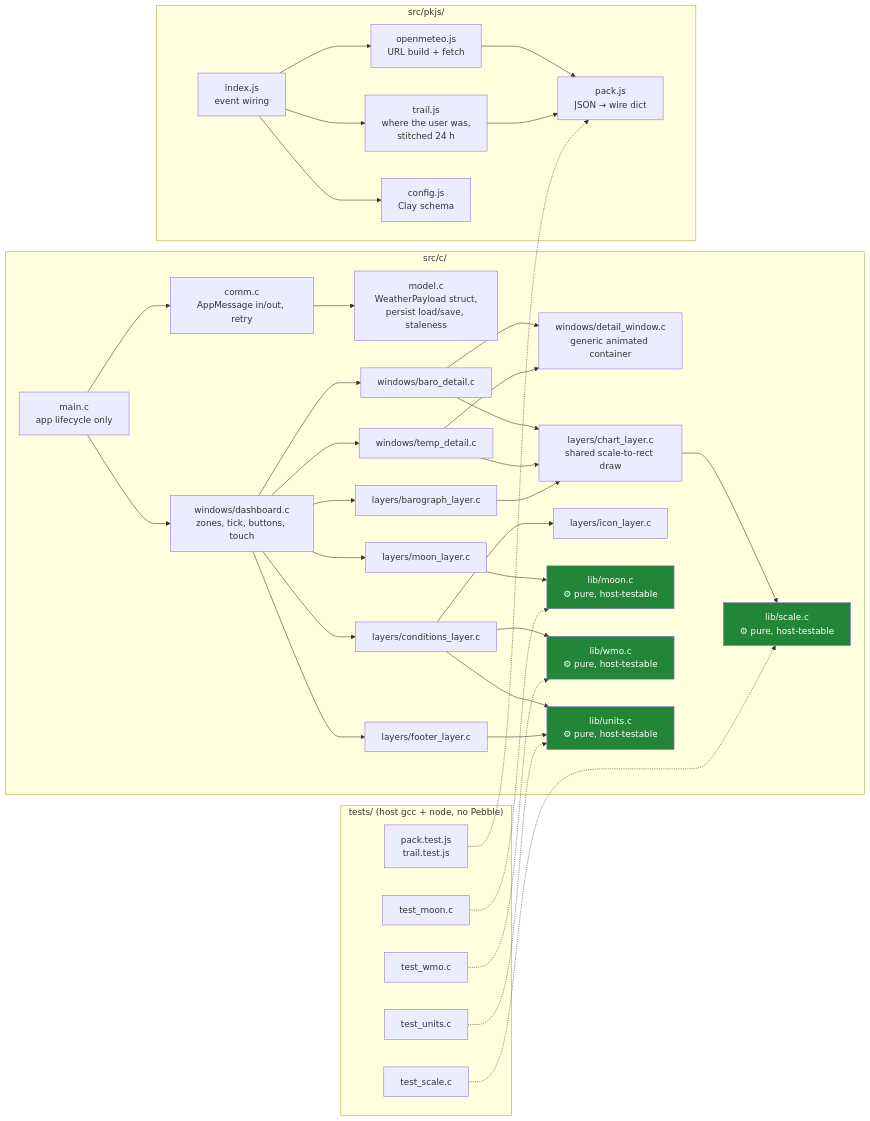
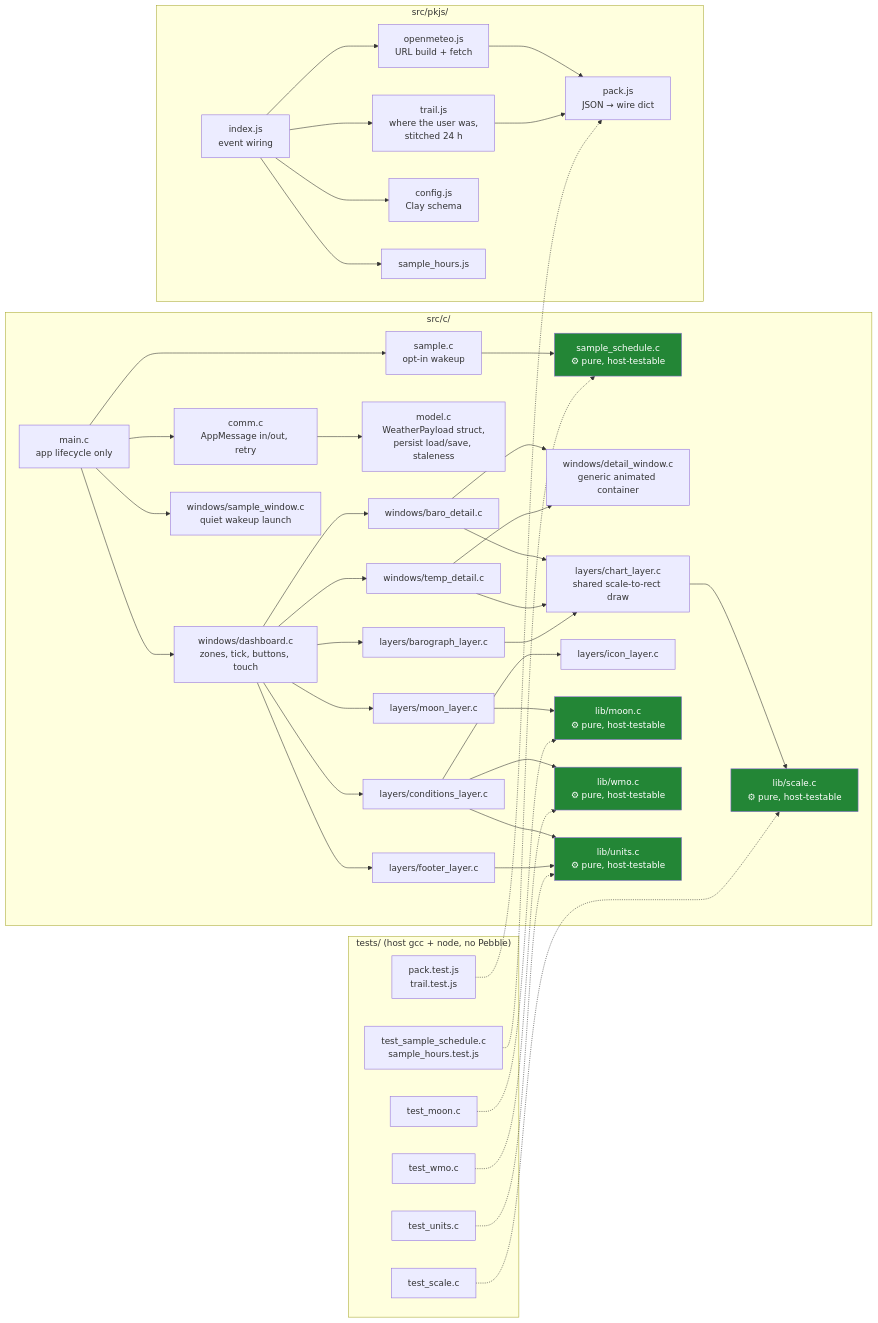
The third of 6 diagrams in PLAN.md (iconoptic/Pebble-Aethercast), drawn with Mermaid before and after one commit. The commit also changed other lines of this file and 27 other files, not shown here.

First line of the commit message:
Record an opt-in location sample from a wakeup launch.

````diff
--- a/PLAN.md
+++ b/PLAN.md
@@ -170,63 +173,73 @@
 ```mermaid
 graph LR
     subgraph src_c["src/c/"]
         MAIN["main.c<br/>app lifecycle only"]
+        SAMPLE["sample.c<br/>opt-in wakeup"]
+        SCHED["sample_schedule.c<br/>⚙ pure, host-testable"]
         COMM["comm.c<br/>AppMessage in/out, retry"]
         MODEL["model.c<br/>WeatherPayload struct,<br/>persist load/save, staleness"]
         WIN1["windows/dashboard.c<br/>zones, tick, buttons, touch"]
         WIN2["windows/detail_window.c<br/>generic animated container"]
         WIN3["windows/baro_detail.c"]
         WIN4["windows/temp_detail.c"]
+        WIN5["windows/sample_window.c<br/>quiet wakeup launch"]
         L_CHART["layers/chart_layer.c<br/>shared scale-to-rect draw"]
         L_BARO["layers/barograph_layer.c"]
         L_MOON["layers/moon_layer.c"]
         L_COND["layers/conditions_layer.c"]
         L_ICON["layers/icon_layer.c"]
         L_FOOT["layers/footer_layer.c"]
         LIB_MOON["lib/moon.c<br/>⚙ pure, host-testable"]
         LIB_SCALE["lib/scale.c<br/>⚙ pure, host-testable"]
         LIB_WMO["lib/wmo.c<br/>⚙ pure, host-testable"]
         LIB_UNITS["lib/units.c<br/>⚙ pure, host-testable"]
     end
 
     subgraph src_pkjs["src/pkjs/"]
         IDX["index.js<br/>event wiring"]
         API["openmeteo.js<br/>URL build + fetch"]
         PACK["pack.js<br/>JSON → wire dict"]
         TRAIL["trail.js<br/>where the user was,<br/>stitched 24 h"]
         CFG["config.js<br/>Clay schema"]
+        HOURS["sample_hours.js"]
     end
 
     subgraph tests["tests/ (host gcc + node, no Pebble)"]
         T1["test_moon.c"]
         T2["test_scale.c"]
         T3["test_units.c"]
         T4["test_wmo.c"]
         T5["pack.test.js<br/>trail.test.js"]
+        T6["test_sample_schedule.c<br/>sample_hours.test.js"]
     end
 
     MAIN --> COMM --> MODEL
+    MAIN --> SAMPLE --> SCHED
+    MAIN --> WIN5
     MAIN --> WIN1 --> L_BARO & L_MOON & L_COND & L_FOOT
     WIN1 --> WIN3 & WIN4
     WIN3 & WIN4 --> WIN2
     WIN3 & WIN4 --> L_CHART
     L_BARO --> L_CHART --> LIB_SCALE
     L_MOON --> LIB_MOON
     L_COND --> L_ICON
     L_COND --> LIB_WMO
     L_COND --> LIB_UNITS
     L_FOOT --> LIB_UNITS
     IDX --> API --> PACK
     IDX --> TRAIL --> PACK
     IDX --> CFG
+    IDX --> HOURS
     T1 -.-> LIB_MOON
     T2 -.-> LIB_SCALE
     T3 -.-> LIB_UNITS
     T4 -.-> LIB_WMO
     T5 -.-> PACK
+    T6 -.-> SCHED
 
     style LIB_MOON fill:#238636,color:#fff
     style LIB_SCALE fill:#238636,color:#fff
     style LIB_WMO fill:#238636,color:#fff
     style LIB_UNITS fill:#238636,color:#fff
+    style SCHED fill:#238636,color:#fff
 ```
````
